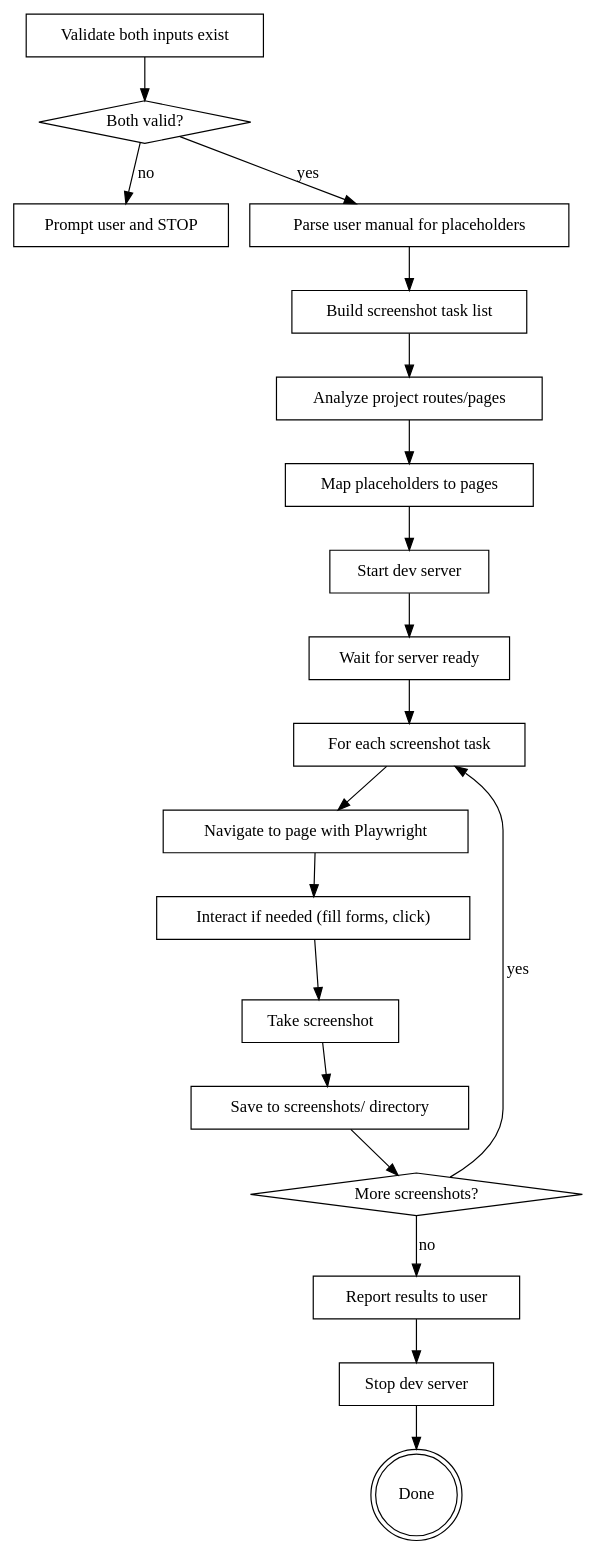
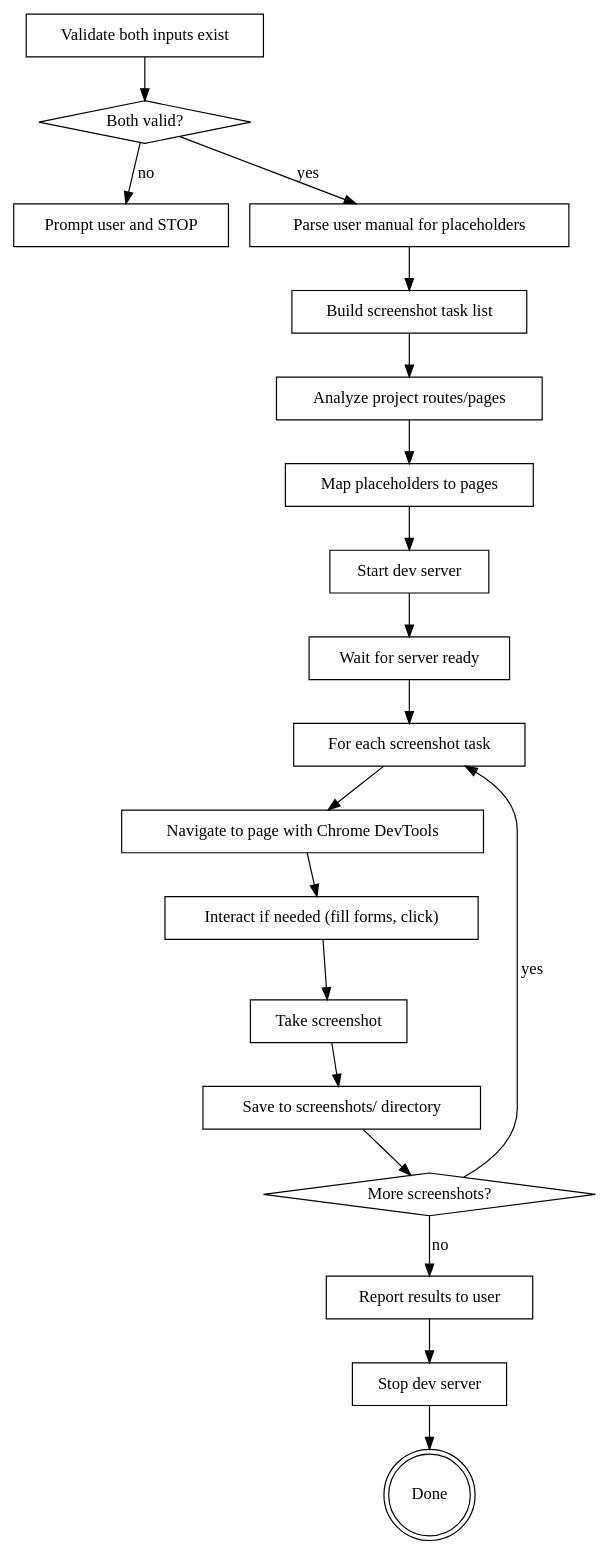
One commit to zhang-songhan/yanzhi-user-manual-generator changed the diagram in skills/auto-capture-for-webapp/SKILL.md. Above: the diagram before and after it, drawn with Graphviz. The commit also changed other lines of this file and 3 other files, not shown here.

````diff
--- a/skills/auto-capture-for-webapp/SKILL.md
+++ b/skills/auto-capture-for-webapp/SKILL.md
@@ -65,41 +65,41 @@
 ```dot
 digraph auto_capture {
   "Validate both inputs exist" [shape=box];
   "Both valid?" [shape=diamond];
   "Prompt user and STOP" [shape=box];
   "Parse user manual for placeholders" [shape=box];
   "Build screenshot task list" [shape=box];
   "Analyze project routes/pages" [shape=box];
   "Map placeholders to pages" [shape=box];
   "Start dev server" [shape=box];
   "Wait for server ready" [shape=box];
   "For each screenshot task" [shape=box];
-  "Navigate to page with Playwright" [shape=box];
+  "Navigate to page with Chrome DevTools" [shape=box];
   "Interact if needed (fill forms, click)" [shape=box];
   "Take screenshot" [shape=box];
   "Save to screenshots/ directory" [shape=box];
   "More screenshots?" [shape=diamond];
   "Report results to user" [shape=box];
   "Stop dev server" [shape=box];
   "Done" [shape=doublecircle];
 
   "Validate both inputs exist" -> "Both valid?";
   "Both valid?" -> "Prompt user and STOP" [label="no"];
   "Both valid?" -> "Parse user manual for placeholders" [label="yes"];
   "Parse user manual for placeholders" -> "Build screenshot task list";
   "Build screenshot task list" -> "Analyze project routes/pages";
   "Analyze project routes/pages" -> "Map placeholders to pages";
   "Map placeholders to pages" -> "Start dev server";
   "Start dev server" -> "Wait for server ready";
   "Wait for server ready" -> "For each screenshot task";
-  "For each screenshot task" -> "Navigate to page with Playwright";
-  "Navigate to page with Playwright" -> "Interact if needed (fill forms, click)";
+  "For each screenshot task" -> "Navigate to page with Chrome DevTools";
+  "Navigate to page with Chrome DevTools" -> "Interact if needed (fill forms, click)";
   "Interact if needed (fill forms, click)" -> "Take screenshot";
   "Take screenshot" -> "Save to screenshots/ directory";
   "Save to screenshots/ directory" -> "More screenshots?";
   "More screenshots?" -> "For each screenshot task" [label="yes"];
   "More screenshots?" -> "Report results to user" [label="no"];
   "Report results to user" -> "Stop dev server";
   "Stop dev server" -> "Done";
 }
 ```
````
